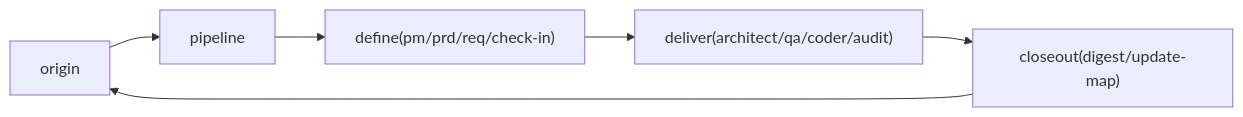
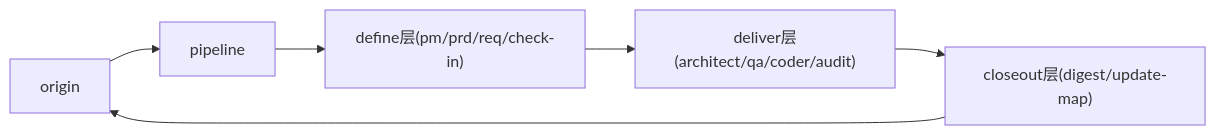
One commit to CryptoLinxu/Web3-AI-Agent changed the fourth of 4 diagrams in .qoder/repowiki/zh/content/技能系统架构/技能系统架构.md. Above: the diagram before and after it, drawn with Mermaid. The commit also changed other lines of this file and 15 other files, not shown here.

````diff
--- a/.qoder/repowiki/zh/content/技能系统架构/技能系统架构.md
+++ b/.qoder/repowiki/zh/content/技能系统架构/技能系统架构.md
@@ -265,8 +334,8 @@
 ```mermaid
 graph LR
 OR["origin"] --> PL["pipeline"]
-PL --> DEF["define(pm/prd/req/check-in)"]
-DEF --> DEL["deliver(architect/qa/coder/audit)"]
-DEL --> CL["closeout(digest/update-map)"]
+PL --> DEF["define层(pm/prd/req/check-in)"]
+DEF --> DEL["deliver层(architect/qa/coder/audit)"]
+DEL --> CL["closeout层(digest/update-map)"]
 CL --> OR
 ```
````
